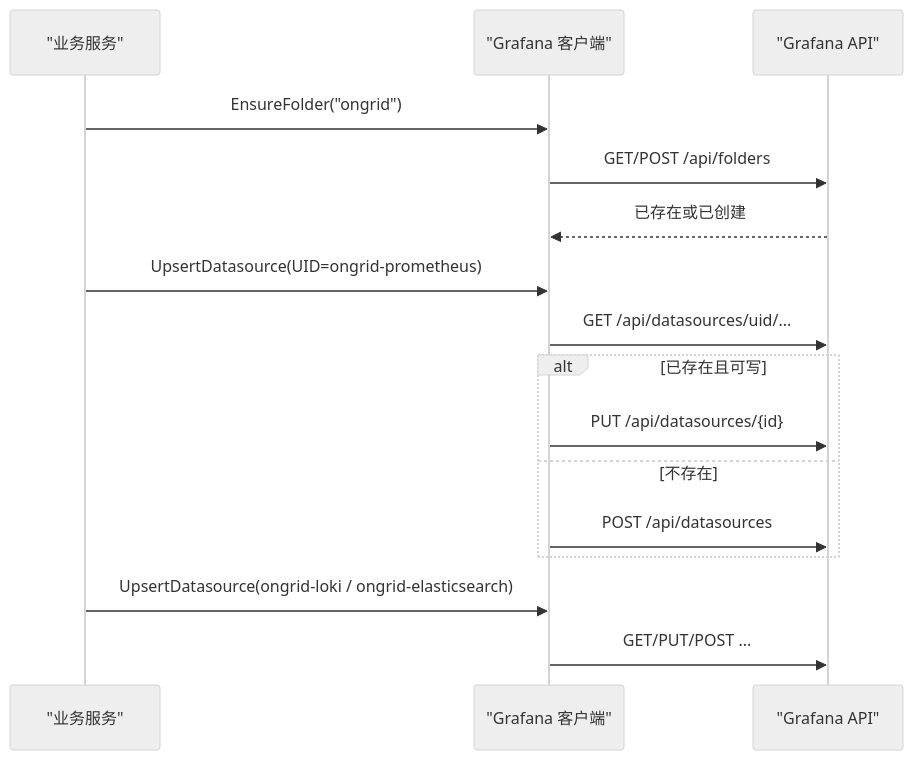
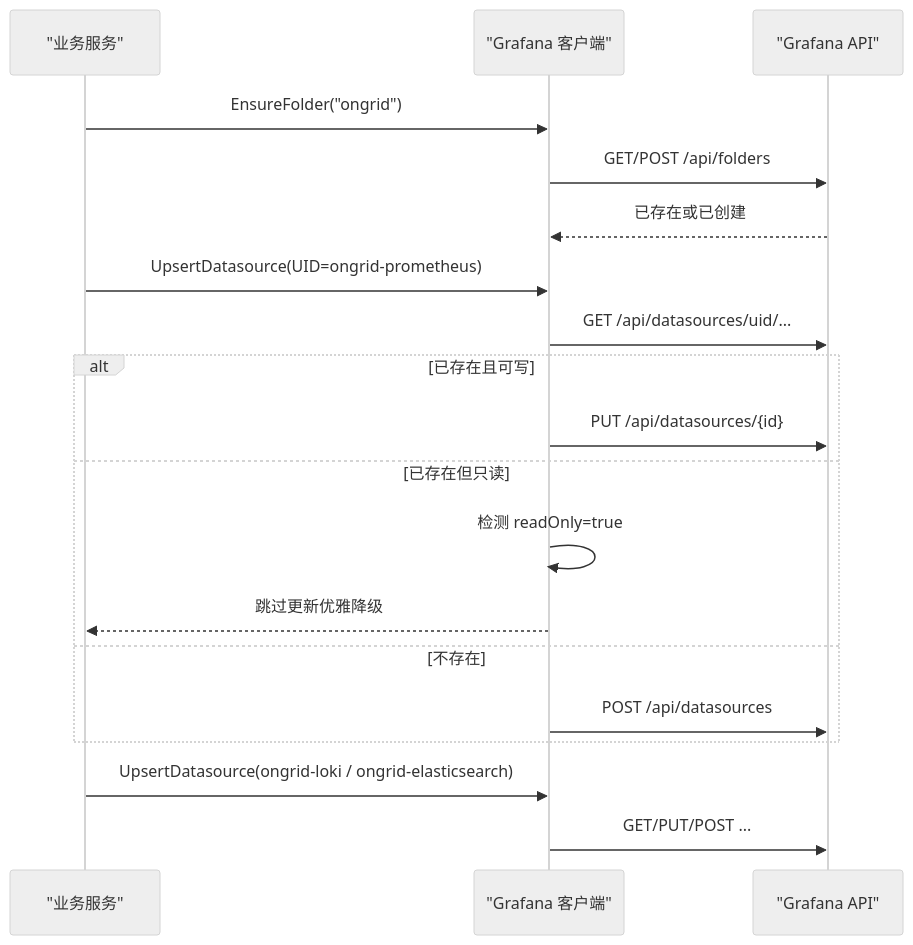
The fourth of 7 diagrams in .qoder/repowiki/zh/content/前端应用/核心页面功能/设置页面/集成配置/Grafana 集成.md (xied1133-oss/ongrid), drawn with Mermaid (neutral theme) before and after one commit. The commit also changed other lines of this file and 298 other files, not shown here.

````diff
--- a/.qoder/repowiki/zh/content/前端应用/核心页面功能/设置页面/集成配置/Grafana 集成.md
+++ b/.qoder/repowiki/zh/content/前端应用/核心页面功能/设置页面/集成配置/Grafana 集成.md
@@ -188,18 +201,21 @@
 ```mermaid
 sequenceDiagram
 participant S as "业务服务"
 participant C as "Grafana 客户端"
 participant G as "Grafana API"
 S->>C : EnsureFolder("ongrid")
 C->>G : GET/POST /api/folders
 G-->>C : 已存在或已创建
 S->>C : UpsertDatasource(UID=ongrid-prometheus)
 C->>G : GET /api/datasources/uid/...
 alt 已存在且可写
 C->>G : PUT /api/datasources/{id}
+else 已存在但只读
+C->>C : 检测 readOnly=true
+C-->>S : 跳过更新优雅降级
 else 不存在
 C->>G : POST /api/datasources
 end
 S->>C : UpsertDatasource(ongrid-loki / ongrid-elasticsearch)
 C->>G : GET/PUT/POST ...
 ```
````
